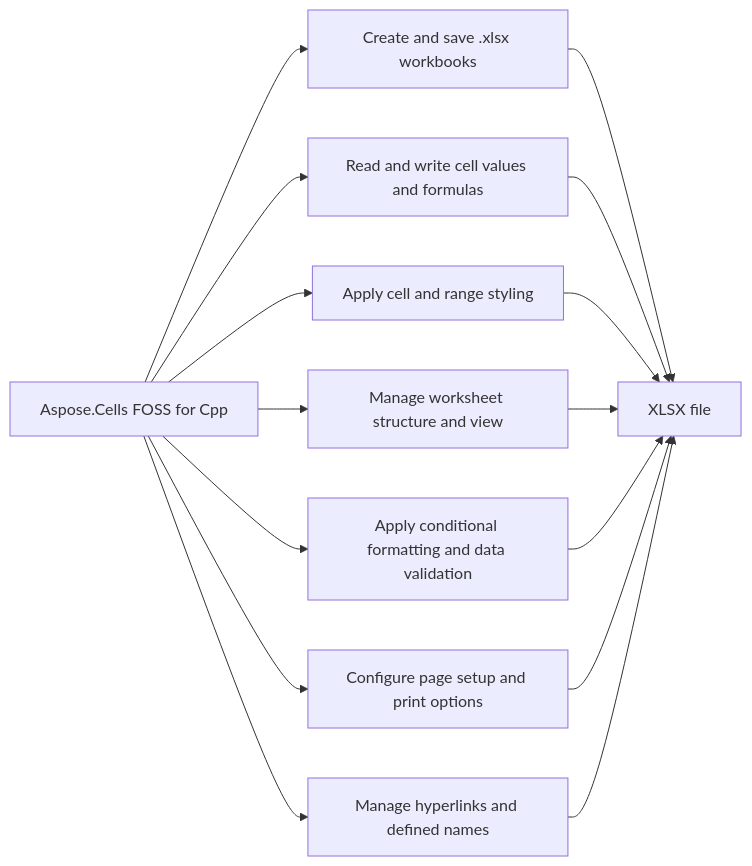
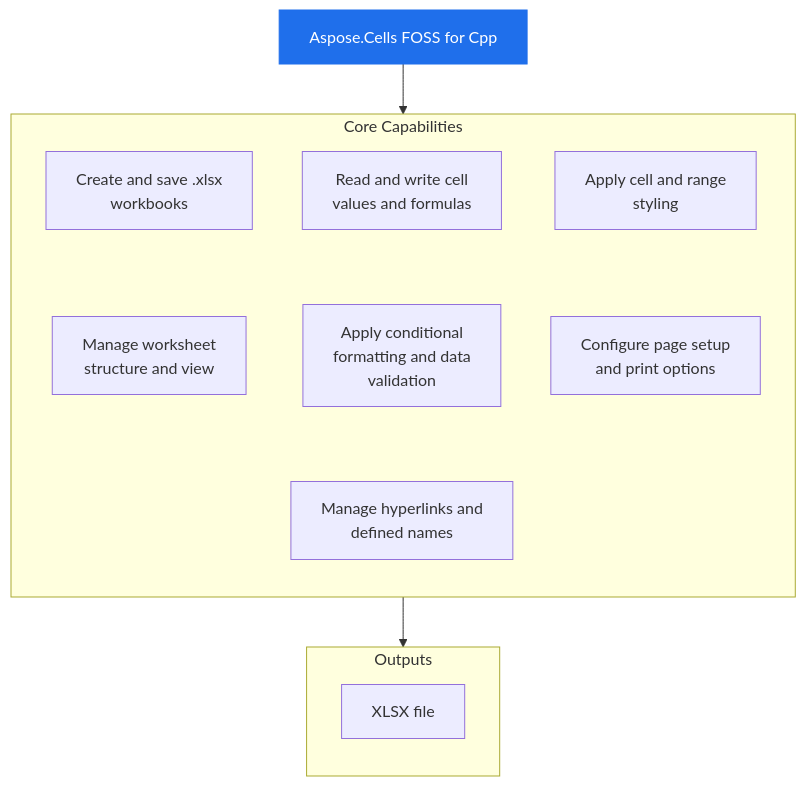
The diagram in 9f852d0ff1cfdad2d661556d6b87a8eff8c063a2/README.md (babar-raza/repo-presenter), drawn with Mermaid before and after one commit. The commit also changed other lines of this file and 7 other files, not shown here.

Commit message:
bundle: aspose-cells-foss/Aspose.Cells-FOSS-for-Cpp lane R 9f852d0ff1cfdad2d661556d6b87a8eff8c063a2

````diff
--- a/9f852d0ff1cfdad2d661556d6b87a8eff8c063a2/README.md
+++ b/9f852d0ff1cfdad2d661556d6b87a8eff8c063a2/README.md
@@ -25,24 +25,27 @@
 ```mermaid
-flowchart LR
-Product["Aspose.Cells FOSS for Cpp"]
-Product["Aspose.Cells FOSS for Cpp"] --> Cap1["Create and save .xlsx workbooks"]
-Cap2["Read and write cell values and formulas"]
-Cap3["Apply cell and range styling"]
-Cap4["Manage worksheet structure and view"]
-Cap5["Apply conditional formatting and data validation"]
-Cap6["Configure page setup and print options"]
-Cap7["Manage hyperlinks and defined names"]
-Product["Aspose.Cells FOSS for Cpp"] --> Cap2["Read and write cell values and formulas"]
-Product["Aspose.Cells FOSS for Cpp"] --> Cap3["Apply cell and range styling"]
-Product["Aspose.Cells FOSS for Cpp"] --> Cap4["Manage worksheet structure and view"]
-Product["Aspose.Cells FOSS for Cpp"] --> Cap5["Apply conditional formatting and data validation"]
-Product["Aspose.Cells FOSS for Cpp"] --> Cap6["Configure page setup and print options"]
-Product["Aspose.Cells FOSS for Cpp"] --> Cap7["Manage hyperlinks and defined names"]
-Cap1["Create and save .xlsx workbooks"] --> Output["XLSX file"]
-Cap2["Read and write cell values and formulas"] --> Output["XLSX file"]
-Cap3["Apply cell and range styling"] --> Output["XLSX file"]
-Cap4["Manage worksheet structure and view"] --> Output["XLSX file"]
-Cap5["Apply conditional formatting and data validation"] --> Output["XLSX file"]
-Cap6["Configure page setup and print options"] --> Output["XLSX file"]
-Cap7["Manage hyperlinks and defined names"] --> Output["XLSX file"]
+flowchart TB
+  PRODUCT["Aspose.Cells FOSS for Cpp"]
+  subgraph Capabilities["Core Capabilities"]
+    direction TB
+    c1["Create and save .xlsx<br/>workbooks"]
+    c2["Read and write cell<br/>values and formulas"]
+    c3["Apply cell and range<br/>styling"]
+    c4["Manage worksheet<br/>structure and view"]
+    c5["Apply conditional<br/>formatting and data<br/>validation"]
+    c6["Configure page setup<br/>and print options"]
+    c7["Manage hyperlinks and<br/>defined names"]
+    c1 ~~~ c4
+    c2 ~~~ c5
+    c3 ~~~ c6
+    c4 ~~~ c7
+    c5 ~~~ c7
+    c6 ~~~ c7
+  end
+  subgraph Outputs["Outputs"]
+    direction TB
+    o1["XLSX file"]
+  end
+  PRODUCT --> Capabilities --> Outputs
+  classDef product fill:#1f6feb,stroke:#1f6feb,color:#ffffff
+  class PRODUCT product
 ```
````
